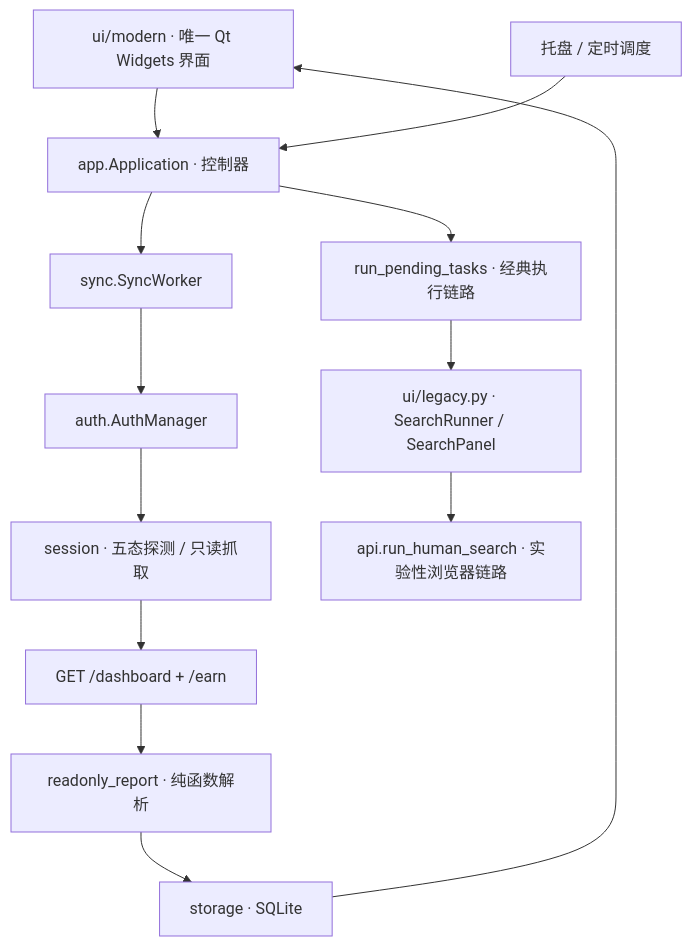
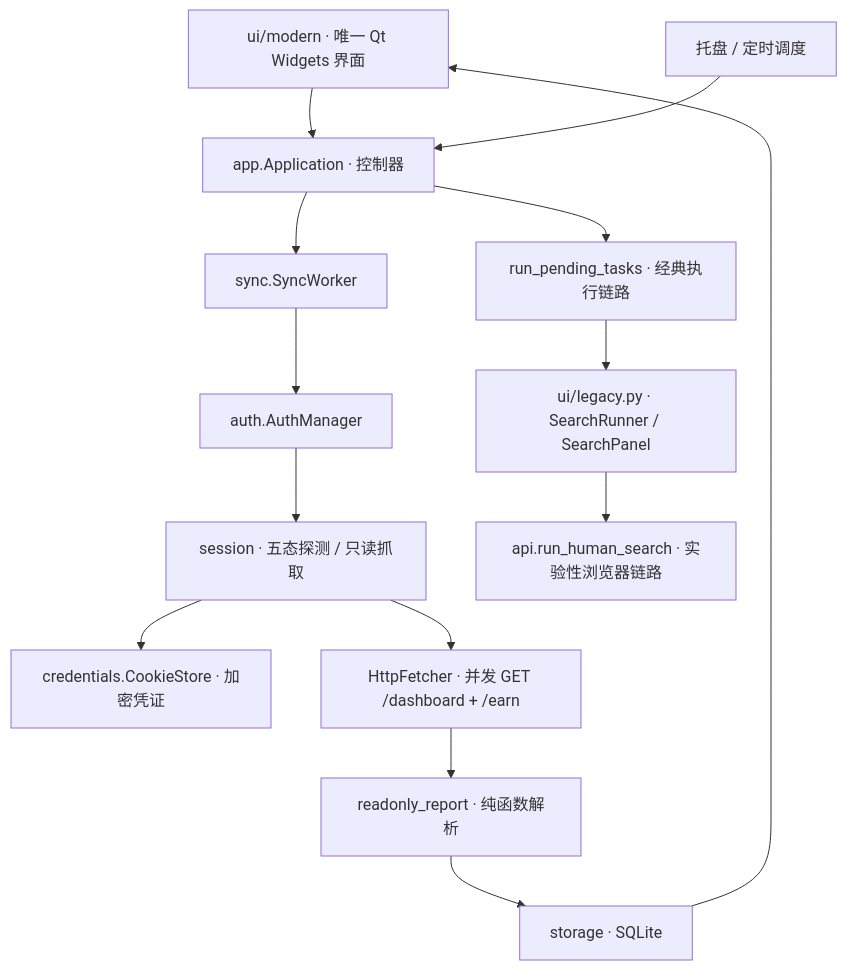
The first of 2 diagrams in docs/ARCHITECTURE.md (khtao/Microsoft-Rewards), drawn with Mermaid before and after one commit. The commit also changed other lines of this file and 12 other files, not shown here.

````diff
--- a/docs/ARCHITECTURE.md
+++ b/docs/ARCHITECTURE.md
@@ -7,15 +7,16 @@
 ```mermaid
 flowchart TD
     UI["ui/modern · 唯一 Qt Widgets 界面"] --> APP["app.Application · 控制器"]
     TRAY["托盘 / 定时调度"] --> APP
     APP --> SYNC["sync.SyncWorker"]
     APP --> RUN["run_pending_tasks · 经典执行链路"]
     SYNC --> AUTH["auth.AuthManager"]
     AUTH --> SESSION["session · 五态探测 / 只读抓取"]
-    SESSION --> HTML["GET /dashboard + /earn"]
+    SESSION --> CS["credentials.CookieStore · 加密凭证"]
+    SESSION --> HTML["HttpFetcher · 并发 GET /dashboard + /earn"]
     HTML --> REPORT["readonly_report · 纯函数解析"]
     REPORT --> STORE["storage · SQLite"]
     STORE --> UI
     RUN --> LEGACY["ui/legacy.py · SearchRunner / SearchPanel"]
     LEGACY --> API["api.run_human_search · 实验性浏览器链路"]
 ```
````
